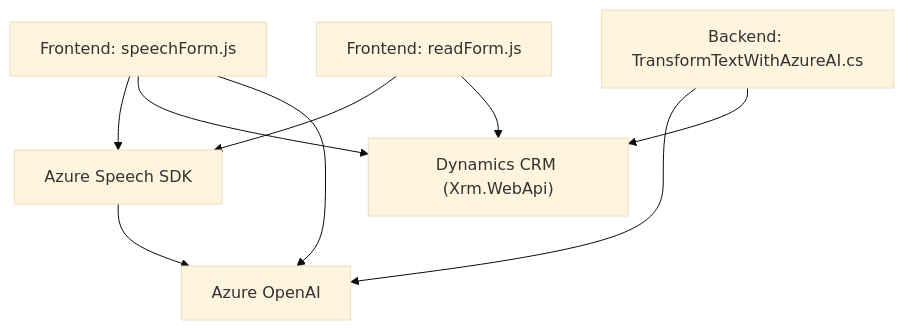
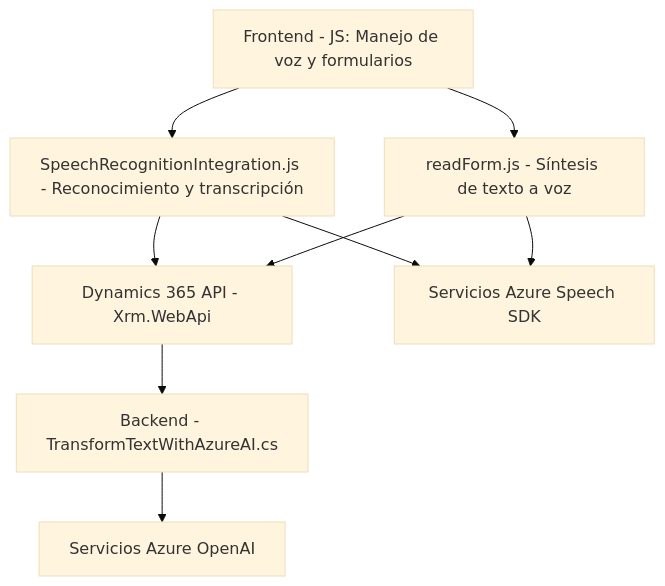
One commit to blopezdm/NETCORE_BILBAO2025 changed the diagram in README.md. Above: the diagram before and after it, drawn with Mermaid (base theme). The commit also changed other lines of this file, not shown here.

````diff
--- a/README.md
+++ b/README.md
@@ -40,18 +38,19 @@
 ```mermaid
 graph TD
-    A["Frontend: readForm.js"]
-    B["Frontend: speechForm.js"]
-    C["Backend: TransformTextWithAzureAI.cs"]
-    D["Azure Speech SDK"]
-    E["Azure OpenAI"]
-    F["Dynamics CRM (Xrm.WebApi)"]
-    
-    A --> D
-    A --> F
-    B --> D
-    B --> F
+    A["Frontend - JS: Manejo de voz y formularios"]
+    B["SpeechRecognitionIntegration.js - Reconocimiento y transcripción"]
+    C["readForm.js - Síntesis de texto a voz"]
+    D["Backend - TransformTextWithAzureAI.cs"]
+    E["Dynamics 365 API - Xrm.WebApi"]
+    F["Servicios Azure Speech SDK"]
+    G["Servicios Azure OpenAI"]
+
+    A --> B
+    A --> C
     B --> E
     C --> E
+    E --> D
+    D --> G
+    B --> F
     C --> F
-    D --> E
 ```
````
